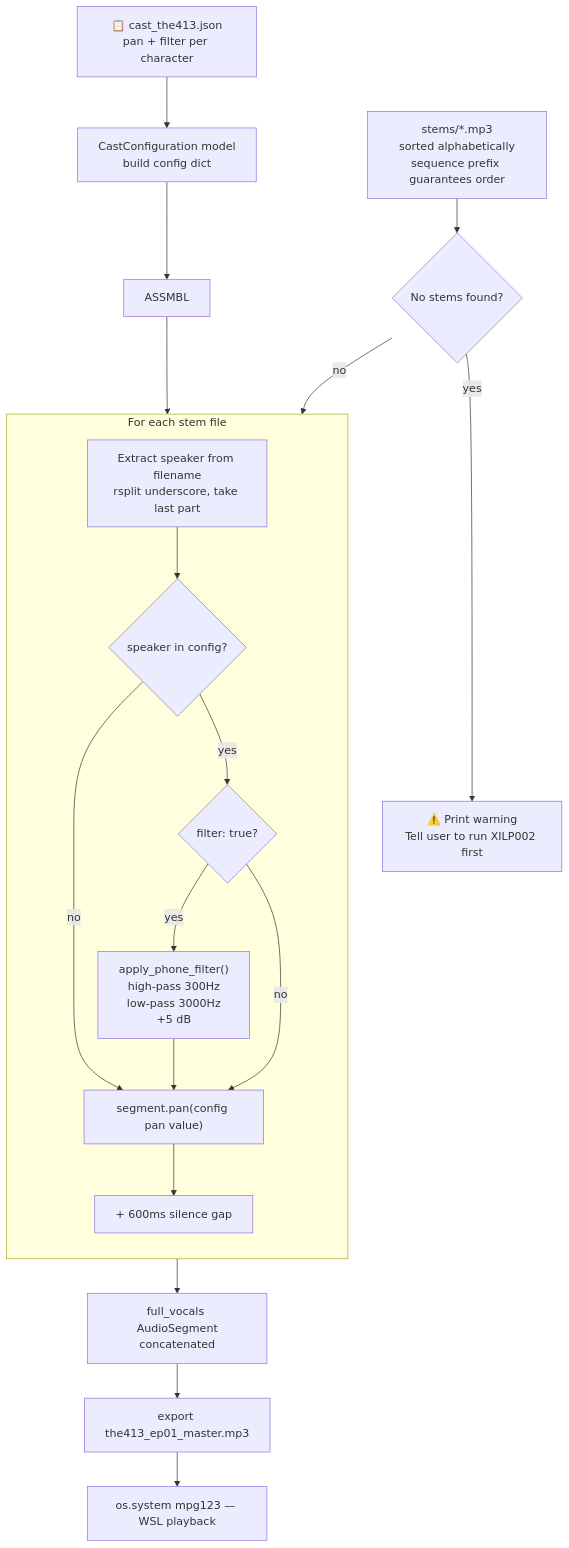
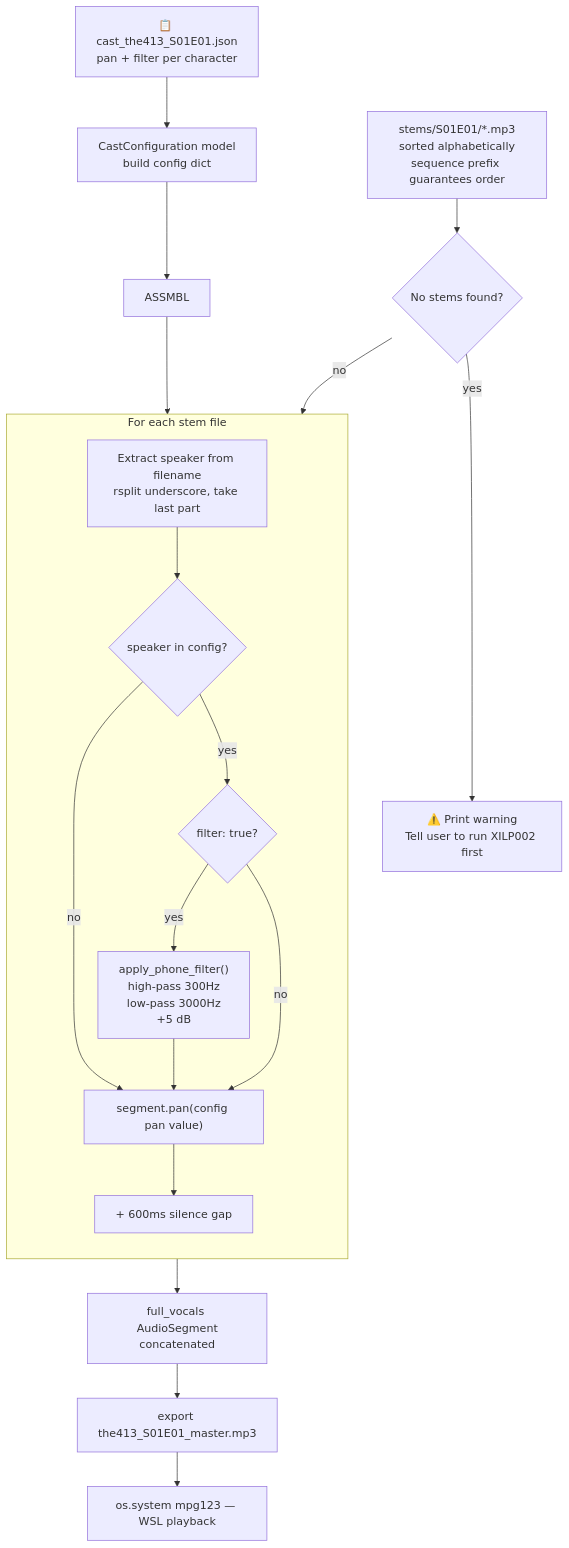
One commit to tazlin/xil-pipeline changed the fifth of 7 diagrams in docs/pipeline.md. Above: the diagram before and after it, drawn with Mermaid. The commit also changed other lines of this file and 16 other files, not shown here.

````diff
--- a/docs/pipeline.md
+++ b/docs/pipeline.md
@@ -160,46 +160,46 @@
 ```mermaid
 flowchart TD
-    C2["`📋 cast_the413.json
+    C2["`📋 cast_the413_S01E01.json
     pan + filter per character`"]
     C2 --> CFG_LOAD["`CastConfiguration model
     build config dict`"]
     CFG_LOAD --> ASSMBL
 
-    ST["`stems/*.mp3
+    ST["`stems/S01E01/*.mp3
     sorted alphabetically
     sequence prefix guarantees order`"]
     NONE{"No stems found?"}
     WARN["`⚠️ Print warning
     Tell user to run XILP002 first`"]
 
     ST --> NONE
     NONE -->|yes| WARN
     NONE -->|no| LOOP2
 
     subgraph LOOP2["For each stem file"]
         direction TB
         EXT["`Extract speaker from filename
         rsplit underscore, take last part`"]
         CFG{"speaker in config?"}
         FILT{"filter: true?"}
         PAN["segment.pan(config pan value)"]
         PHONE["`apply_phone_filter()
         high-pass 300Hz
         low-pass 3000Hz
         +5 dB`"]
         GAP["+ 600ms silence gap"]
 
         EXT --> CFG
         CFG -->|yes| FILT
         CFG -->|no| PAN
         FILT -->|yes| PHONE --> PAN
         FILT -->|no| PAN
         PAN --> GAP
     end
 
     ASSMBL --> LOOP2
     LOOP2 --> CONCAT["`full_vocals AudioSegment
     concatenated`"]
-    CONCAT --> EXPORT["export the413_ep01_master.mp3"]
+    CONCAT --> EXPORT["export the413_S01E01_master.mp3"]
     EXPORT --> PLAY["os.system mpg123 — WSL playback"]
 ```
````
